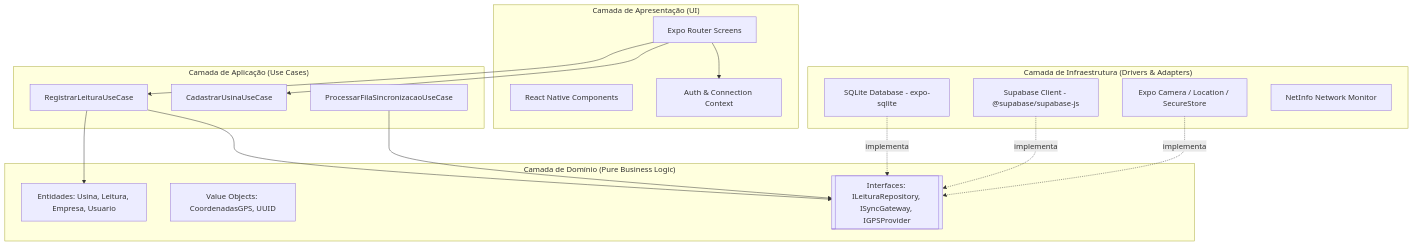
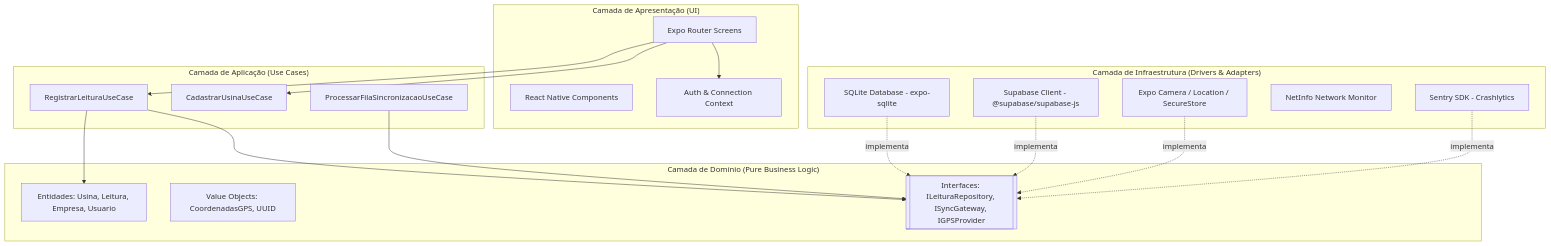
Before and after one commit to Julio-Net0/EquinoxSystemMobile: the tenth of 10 diagrams in docs/documento-software.md, drawn with Mermaid. The commit also changed other lines of this file and 2 other files, not shown here.

````diff
--- a/docs/documento-software.md
+++ b/docs/documento-software.md
@@ -423,37 +439,39 @@
 ```mermaid
 flowchart TB
     subgraph Presentation["Camada de Apresentação (UI)"]
         UI_Screens[Expo Router Screens]
         UI_Components[React Native Components]
         UI_Context[Auth & Connection Context]
     end
 
     subgraph Application["Camada de Aplicação (Use Cases)"]
         UC_Leitura[RegistrarLeituraUseCase]
         UC_Usina[CadastrarUsinaUseCase]
         UC_Sync[ProcessarFilaSincronizacaoUseCase]
     end
 
     subgraph Domain["Camada de Domínio (Pure Business Logic)"]
         Dom_Entities[Entidades: Usina, Leitura, Empresa, Usuario]
         Dom_VO[Value Objects: CoordenadasGPS, UUID]
         Dom_Ports[[Interfaces: ILeituraRepository, ISyncGateway, IGPSProvider]]
     end
 
     subgraph Infrastructure["Camada de Infraestrutura (Drivers & Adapters)"]
         Infra_SQLite[SQLite Database - expo-sqlite]
         Infra_Supabase[Supabase Client - @supabase/supabase-js]
         Infra_Hardware[Expo Camera / Location / SecureStore]
         Infra_NetInfo[NetInfo Network Monitor]
+        Infra_Sentry[Sentry SDK - Crashlytics]
     end
 
     UI_Screens --> UI_Context
     UI_Screens --> UC_Leitura
     UI_Screens --> UC_Usina
     UC_Leitura --> Dom_Entities
     UC_Leitura --> Dom_Ports
     UC_Sync --> Dom_Ports
     Infra_SQLite -.implementa.-> Dom_Ports
     Infra_Supabase -.implementa.-> Dom_Ports
     Infra_Hardware -.implementa.-> Dom_Ports
+    Infra_Sentry -.implementa.-> Dom_Ports
 ```
````
